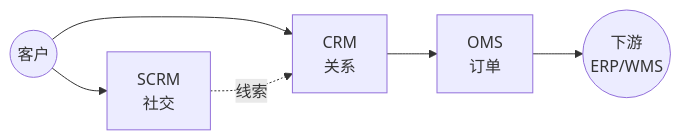
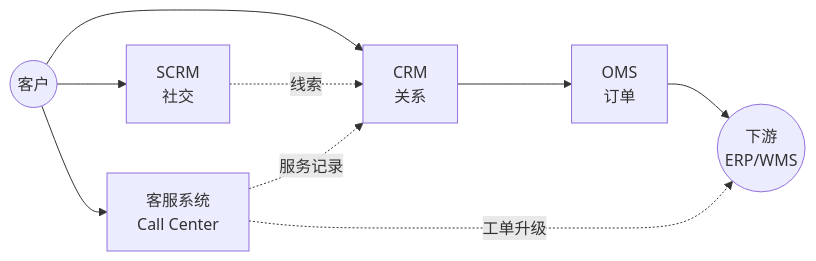
Before and after one commit to wb04307201/wb04307201: the diagram in note/08.application-systems/04-sales-service/README.md, drawn with Mermaid. The commit also changed other lines of this file and 1 other file, not shown here.

Commit message:
feat(note): 08.application-systems/04-sales-service - 新增客服系统/Call Center README（805行）

````diff
--- a/note/08.application-systems/04-sales-service/README.md
+++ b/note/08.application-systems/04-sales-service/README.md
@@ -16,8 +16,11 @@
 ```mermaid
 flowchart LR
     A((客户)) --> B[CRM<br/>关系]
     A --> C[SCRM<br/>社交]
+    A --> F[客服系统<br/>Call Center]
     B --> D[OMS<br/>订单]
     D --> E((下游<br/>ERP/WMS))
     C -.线索.-> B
+    F -.服务记录.-> B
+    F -.工单升级.-> E
 ```
````
